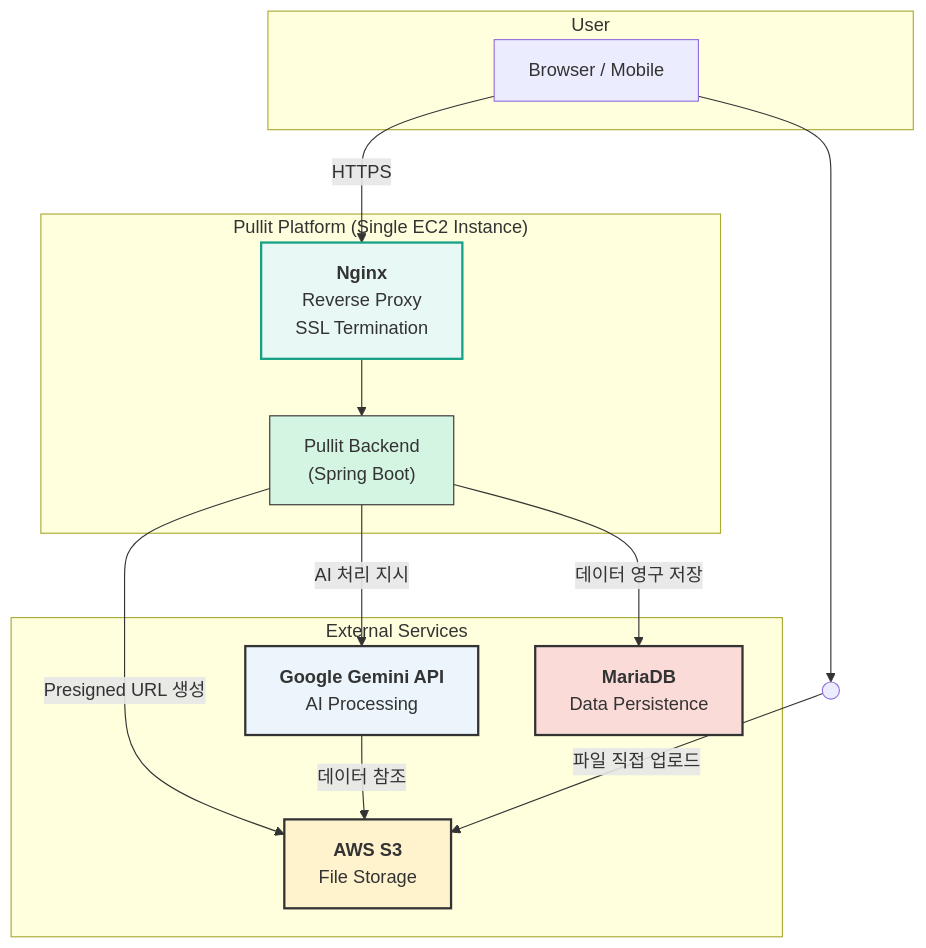
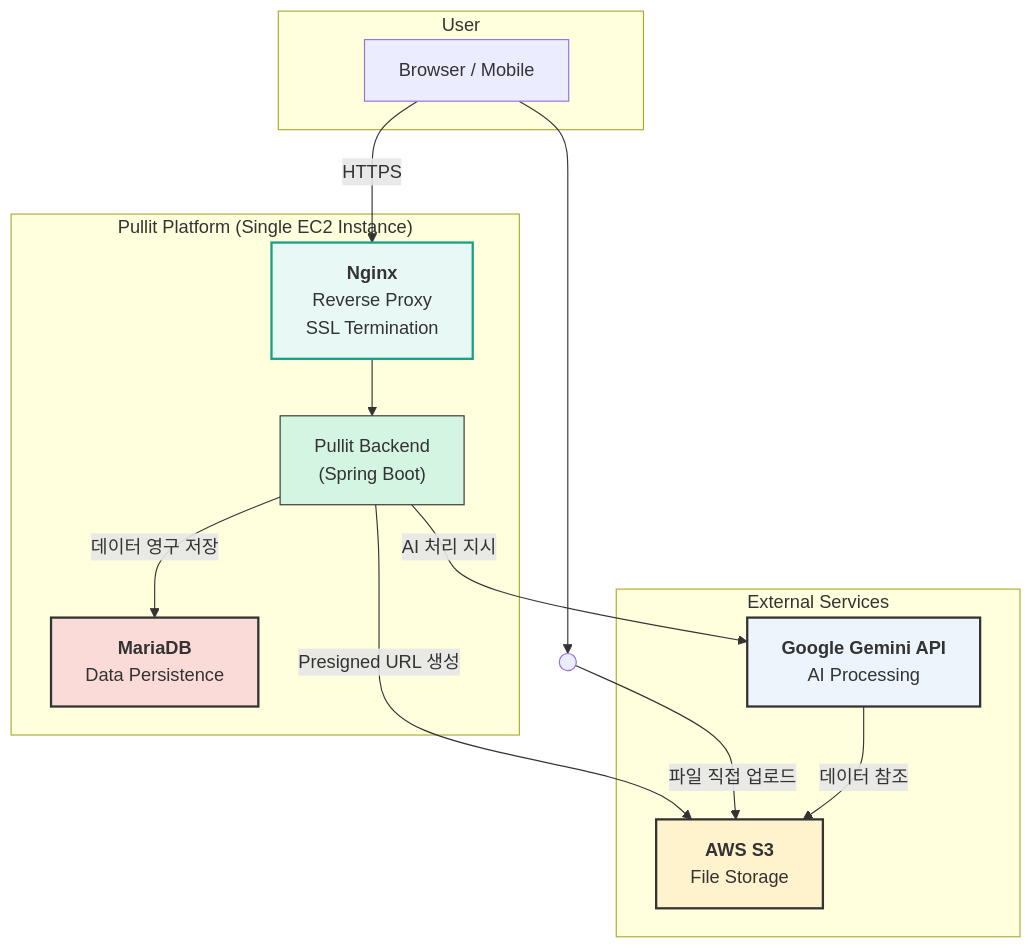
Before and after one commit to Hyeonjun0527/pullit-docs-server: the diagram in public/content/backend/architecture.md, drawn with Mermaid. The commit also changed other lines of this file and 2 other files, not shown here.

````diff
--- a/public/content/backend/architecture.md
+++ b/public/content/backend/architecture.md
@@ -9,38 +9,38 @@
 ```mermaid
 graph TD
     subgraph "User"
         Client["Browser / Mobile"]
     end
 
     subgraph "Pullit Platform (Single EC2 Instance)"
         Nginx["<b>Nginx</b><br>Reverse Proxy<br>SSL Termination"]
         Backend["Pullit Backend<br>(Spring Boot)"]
+        DB["<b>MariaDB</b><br>Data Persistence"]
 
         Nginx --> Backend
     end
 
     subgraph "External Services"
         S3["<b>AWS S3</b><br>File Storage"]
         Gemini["<b>Google Gemini API</b><br>AI Processing"]
-        DB["<b>MariaDB</b><br>Data Persistence"]
     end
 
     %% Interactions
     Client -- "HTTPS" --> Nginx
 
     Backend -- "Presigned URL 생성" --> S3
     Client --> S3_Upload(( ))
     S3_Upload -- "파일 직접 업로드" --> S3
 
     Backend -- "AI 처리 지시" --> Gemini
     Backend -- "데이터 영구 저장" --> DB
 
     Gemini -- "데이터 참조" --> S3
 
     %% Styling
     style Nginx fill:#E8F8F5,stroke:#16A085,stroke-width:2px
     style Backend fill:#D5F5E3,stroke:#333,stroke-width:1px
     style S3 fill:#FFF3CD,stroke:#333,stroke-width:2px
     style Gemini fill:#EBF5FB,stroke:#333,stroke-width:2px
     style DB fill:#FADBD8,stroke:#333,stroke-width:2px
 ```
````
